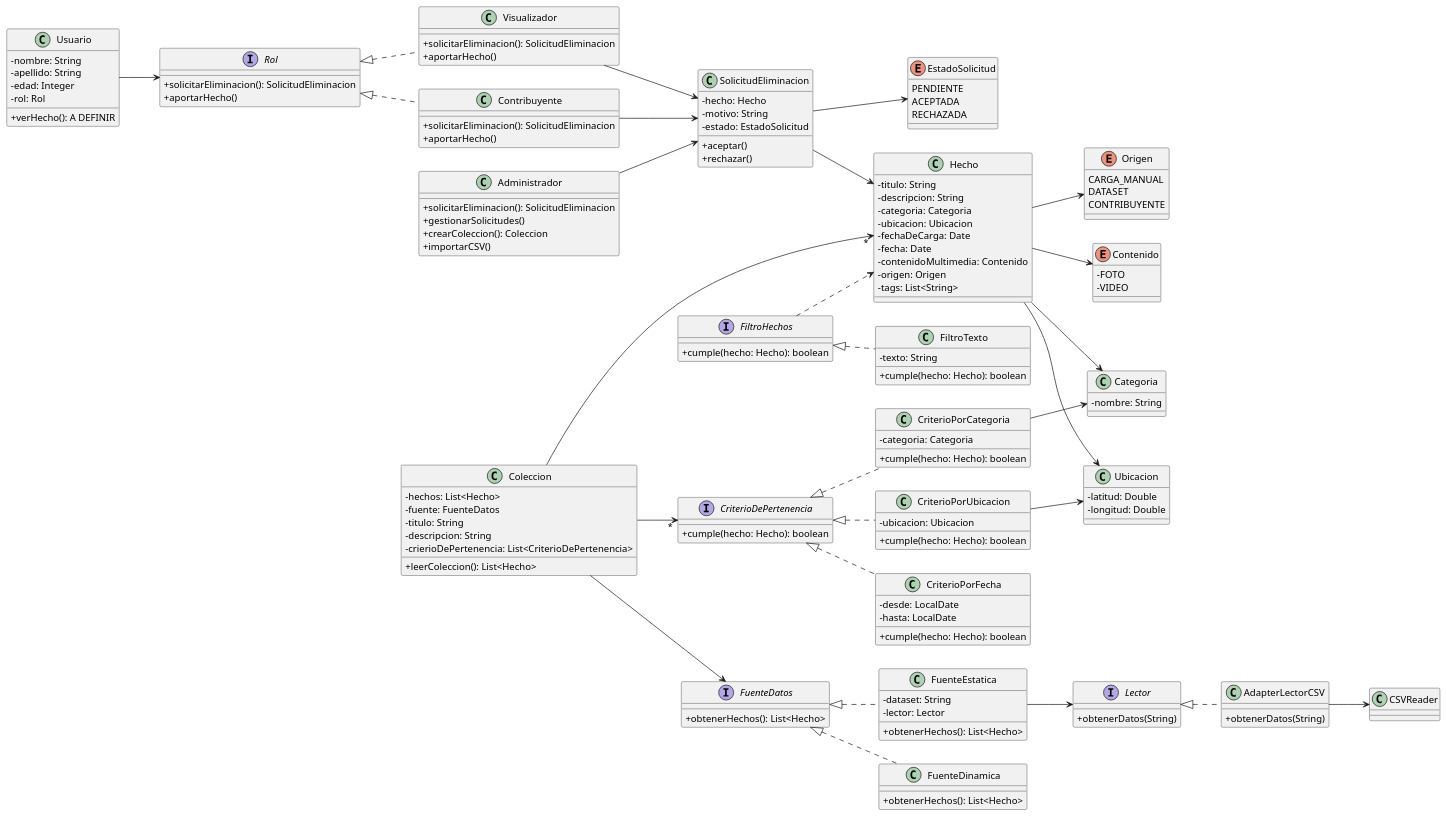
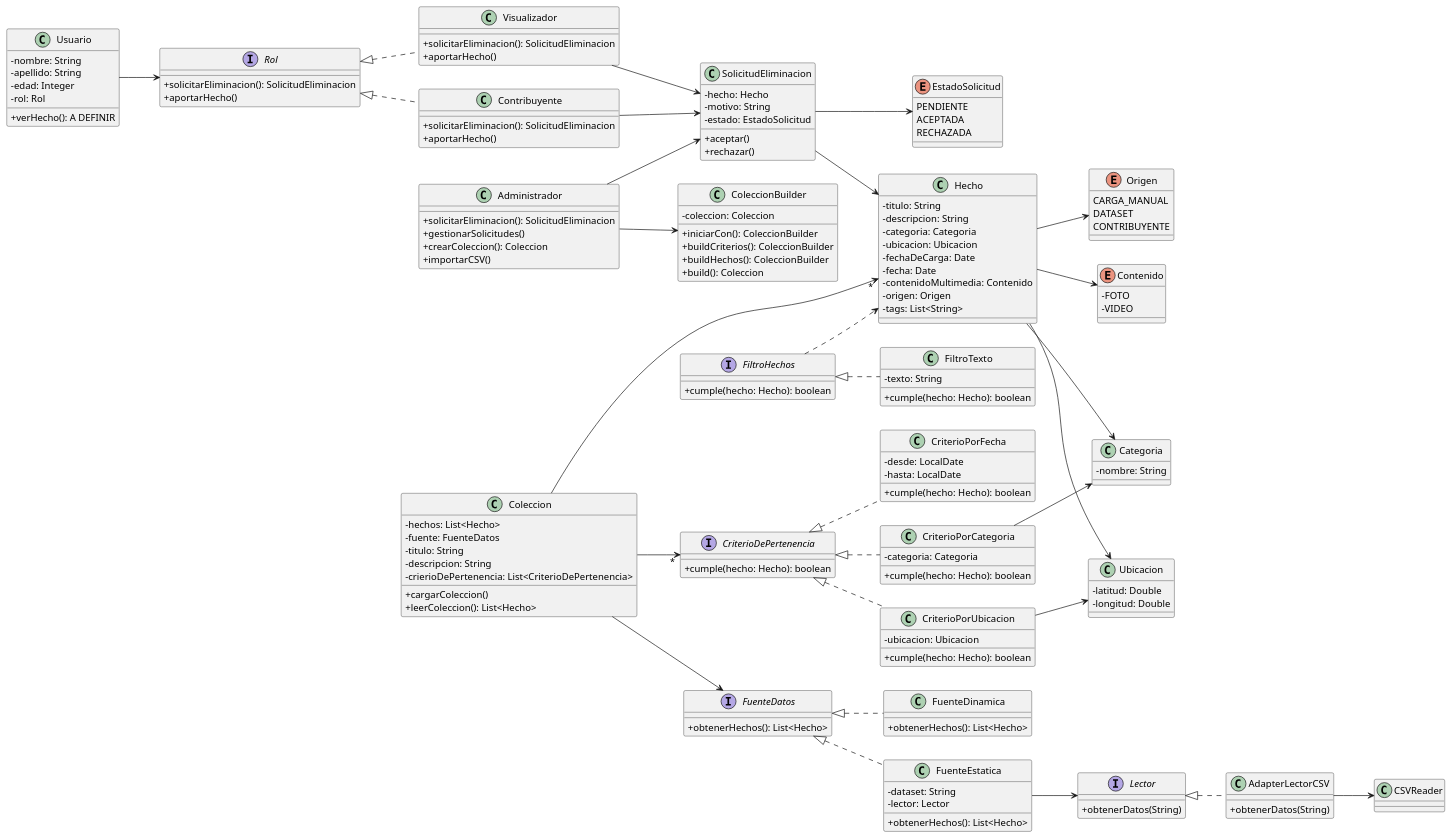
The diagram in DC_V2.puml (nicofernandez17/backend-arquitectura-limpia), drawn with PlantUML before and after one commit. The commit also changed 6 other files, not shown here.

```diff
--- a/DC_V2.puml
+++ b/DC_V2.puml
@@ -1,181 +1,193 @@
 @startuml
 left to right direction
 skinparam classAttributeIconSize 0
 
 '---------------------- Usuarios ----------------------
 class Usuario {
     -nombre: String
     -apellido: String
     -edad: Integer
     -rol: Rol
 
     +verHecho(): A DEFINIR
 }
 
 interface Rol {
     +solicitarEliminacion(): SolicitudEliminacion
     +aportarHecho()
 }
 
 class Visualizador implements Rol {
     +solicitarEliminacion(): SolicitudEliminacion
     +aportarHecho()
 }
 
 class Contribuyente implements Rol {
     +solicitarEliminacion(): SolicitudEliminacion
     +aportarHecho()
 }
 
 class Administrador {
 
     +solicitarEliminacion(): SolicitudEliminacion
     +gestionarSolicitudes()
     +crearColeccion(): Coleccion
     +importarCSV()
 }
 
 Usuario --> Rol
 Administrador --> SolicitudEliminacion
+Administrador --> ColeccionBuilder
 Visualizador --> SolicitudEliminacion
 Contribuyente --> SolicitudEliminacion
 
 '---------------------- Solicitud Eliminación ----------------------
 class SolicitudEliminacion {
     -hecho: Hecho
     -motivo: String
     -estado: EstadoSolicitud
 
     +aceptar()
     +rechazar()
 }
 
 enum EstadoSolicitud {
     PENDIENTE
     ACEPTADA
     RECHAZADA
 }
 
 SolicitudEliminacion --> Hecho
 SolicitudEliminacion --> EstadoSolicitud
 
 '---------------------- Colecciones ----------------------
 class Coleccion {
     -hechos: List<Hecho>
     -fuente: FuenteDatos
     -titulo: String
     -descripcion: String
     -crierioDePertenencia: List<CriterioDePertenencia>
 
+    +cargarColeccion()
     +leerColeccion(): List<Hecho>
+}
+
+class ColeccionBuilder {
+
+    -coleccion: Coleccion
+    +iniciarCon(): ColeccionBuilder
+    +buildCriterios(): ColeccionBuilder
+    +buildHechos(): ColeccionBuilder
+    +build(): Coleccion
+
 }
 
 interface CriterioDePertenencia {
     +cumple(hecho: Hecho): boolean
 }
 
 class CriterioPorUbicacion implements CriterioDePertenencia {
     -ubicacion: Ubicacion
     +cumple(hecho: Hecho): boolean
 }
 
 class CriterioPorFecha implements CriterioDePertenencia {
     -desde: LocalDate
     -hasta: LocalDate
     +cumple(hecho: Hecho): boolean
 }
 
 class CriterioPorCategoria implements CriterioDePertenencia {
     -categoria: Categoria
     +cumple(hecho: Hecho): boolean
 }
 
 Coleccion --> "*" Hecho
 Coleccion --> FuenteDatos
 Coleccion --> "*" CriterioDePertenencia
 CriterioPorCategoria --> Categoria
 CriterioPorUbicacion --> Ubicacion
 
 '---------------------- Hechos ----------------------
 class Hecho {
     -titulo: String
     -descripcion: String
     -categoria: Categoria
     -ubicacion: Ubicacion
     -fechaDeCarga: Date
     -fecha: Date
     -contenidoMultimedia: Contenido
     -origen: Origen
     -tags: List<String>
 }
 
 class Categoria {
     -nombre: String
 }
 
 enum Origen {
     CARGA_MANUAL
     DATASET
     CONTRIBUYENTE
 }
 
 class Ubicacion {
     -latitud: Double
     -longitud: Double
 }
 
 enum Contenido {
     -FOTO
     -VIDEO
 }
 
 Hecho --> Categoria
 Hecho --> Ubicacion
 Hecho --> Origen
 Hecho --> Contenido
 
 '---------------------- Filtros de Hechos ----------------------
 interface FiltroHechos {
     +cumple(hecho: Hecho): boolean
 }
 
 class FiltroTexto implements FiltroHechos {
     -texto: String
     +cumple(hecho: Hecho): boolean
 }
 
 FiltroHechos ..> Hecho
 
 '---------------------- Fuentes de Datos ----------------------
 interface FuenteDatos {
     +obtenerHechos(): List<Hecho>
 }
 
 class FuenteEstatica implements FuenteDatos {
     -dataset: String
     -lector: Lector
     +obtenerHechos(): List<Hecho>
 }
 
 class FuenteDinamica implements FuenteDatos {
     +obtenerHechos(): List<Hecho>
 }
 
 FuenteEstatica --> Lector
 
 '---------------------- Lectores ----------------------
 interface Lector {
     +obtenerDatos(String)
 }
 
 class AdapterLectorCSV implements Lector {
 
     +obtenerDatos(String)
 }
 
 class CSVReader {
 
 }
 AdapterLectorCSV --> CSVReader
 
 @enduml
```
